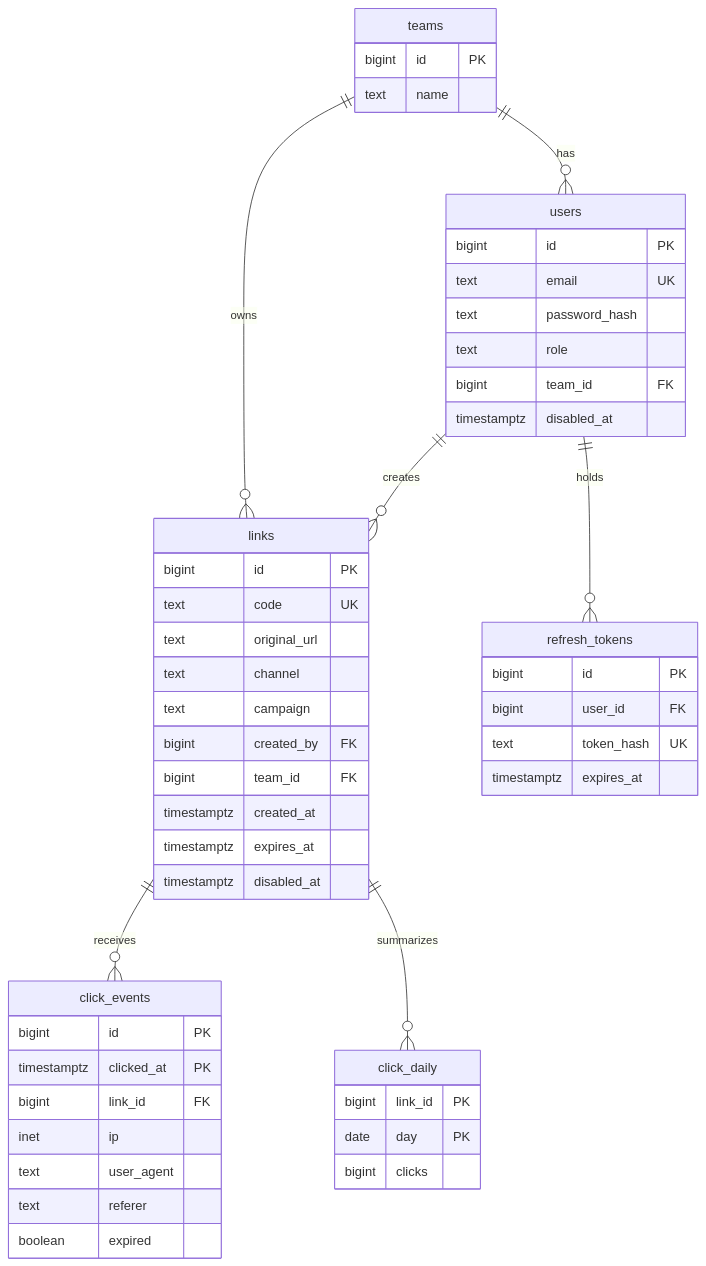
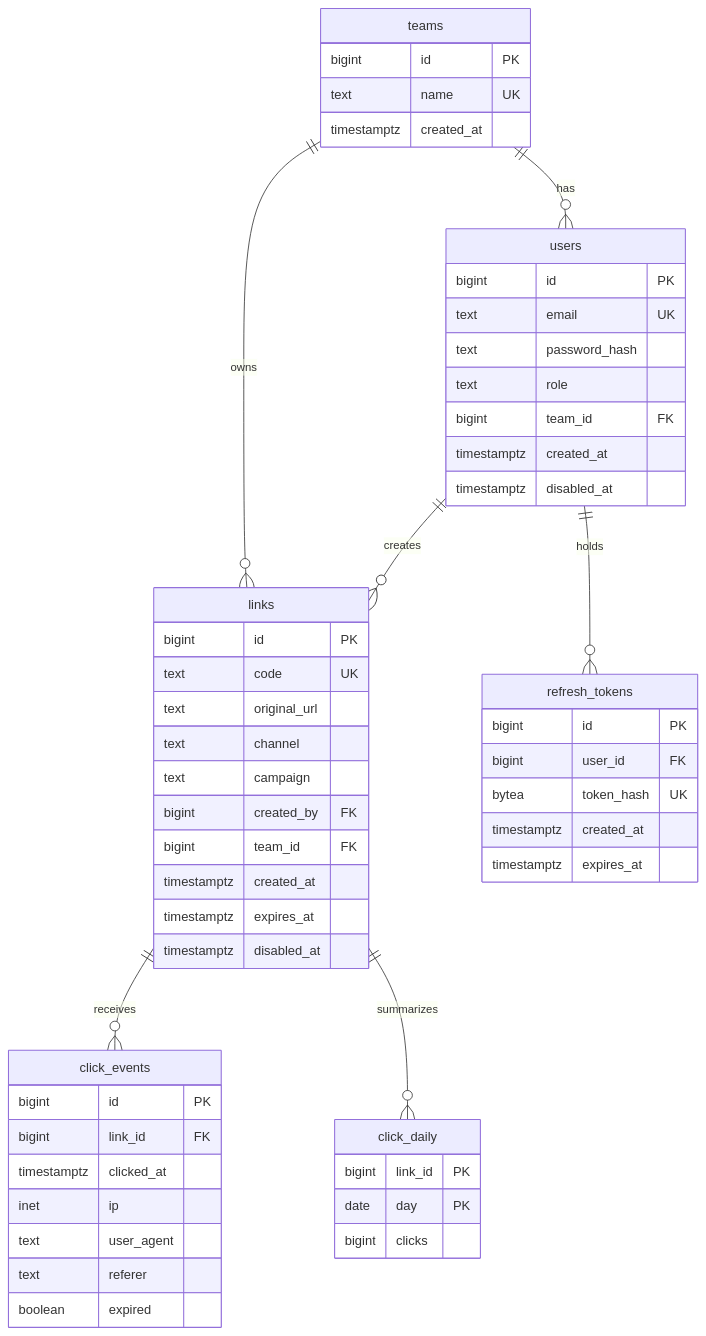
Before and after one commit to tarrragon/tinyurl-test: the diagram in docs/system-design.md, drawn with Mermaid. The commit also changed other lines of this file and 6 other files, not shown here.

````diff
--- a/docs/system-design.md
+++ b/docs/system-design.md
@@ -103,54 +103,57 @@
 ```mermaid
 erDiagram
     teams ||--o{ users : has
     users ||--o{ links : creates
     teams ||--o{ links : owns
     links ||--o{ click_events : receives
     links ||--o{ click_daily : summarizes
     users ||--o{ refresh_tokens : holds
 
     teams {
         bigint id PK
-        text name
+        text name UK
+        timestamptz created_at
     }
     users {
         bigint id PK
         text email UK
         text password_hash
         text role
         bigint team_id FK
+        timestamptz created_at
         timestamptz disabled_at
     }
     links {
         bigint id PK
         text code UK
         text original_url
         text channel
         text campaign
         bigint created_by FK
         bigint team_id FK
         timestamptz created_at
         timestamptz expires_at
         timestamptz disabled_at
     }
     click_events {
         bigint id PK
-        timestamptz clicked_at PK
         bigint link_id FK
+        timestamptz clicked_at
         inet ip
         text user_agent
         text referer
         boolean expired
     }
     click_daily {
         bigint link_id PK
         date day PK
         bigint clicks
     }
     refresh_tokens {
         bigint id PK
         bigint user_id FK
-        text token_hash UK
+        bytea token_hash UK
+        timestamptz created_at
         timestamptz expires_at
     }
 ```
````
